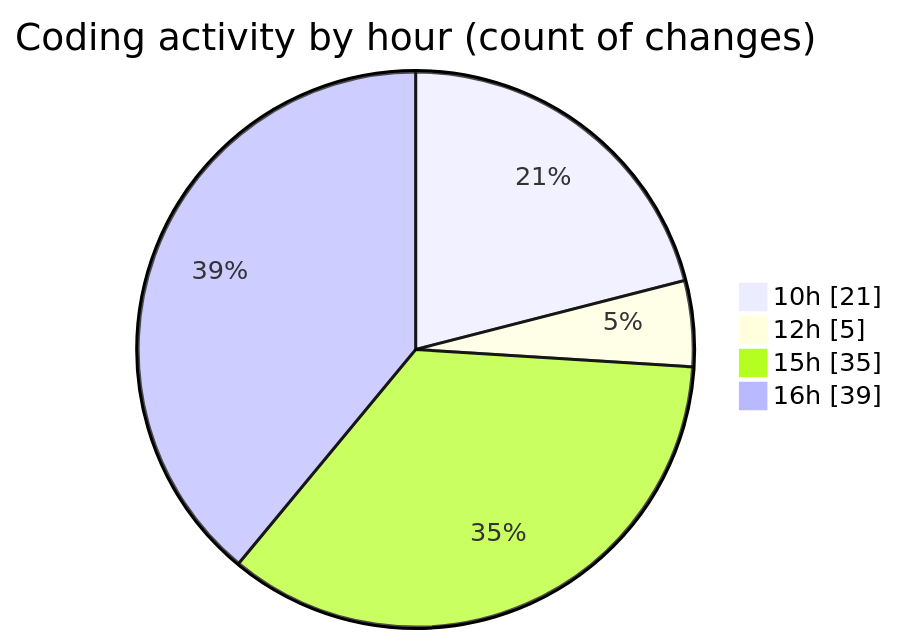
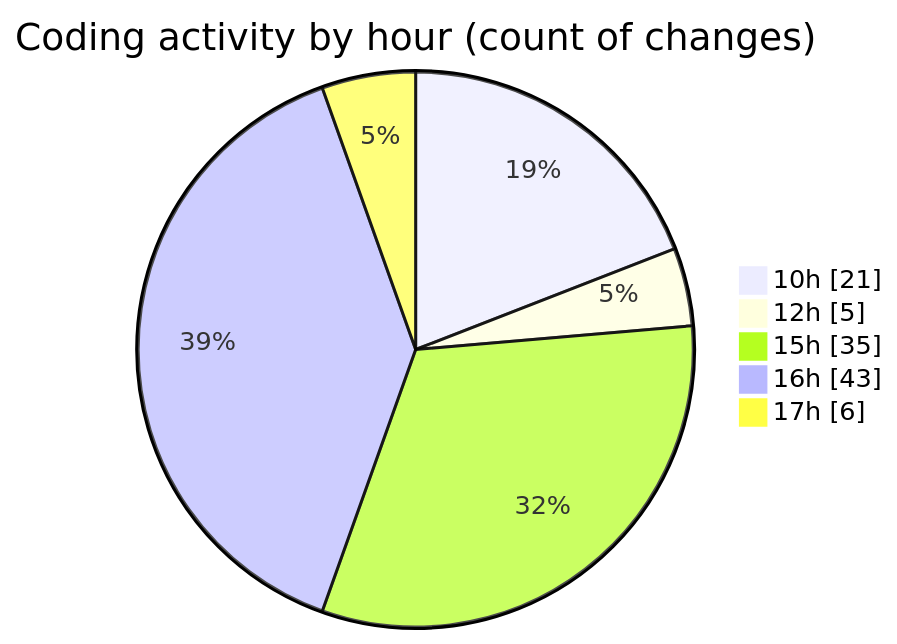
The second of 2 diagrams in 2025-08-27/cda/README.md (momahboobian/code-tracking), drawn with Mermaid before and after one commit. The commit also changed other lines of this file and 1 other file, not shown here.

````diff
--- a/2025-08-27/cda/README.md
+++ b/2025-08-27/cda/README.md
@@ -41,8 +41,9 @@
 ```mermaid
 pie showData
 title Coding activity by hour (count of changes)
 "10h" : 21
 "12h" : 5
 "15h" : 35
-"16h" : 39
+"16h" : 43
+"17h" : 6
 ```
````
